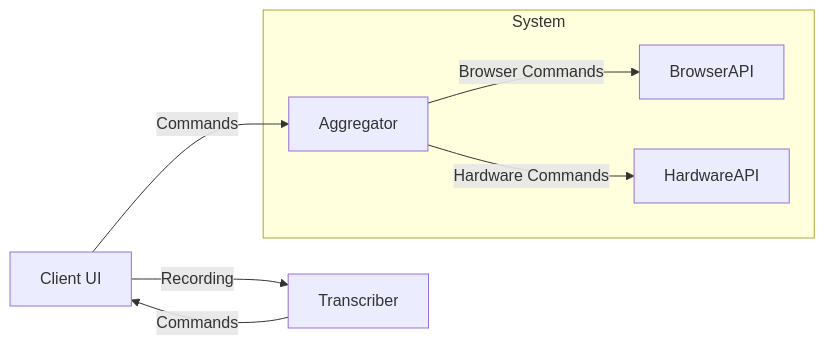
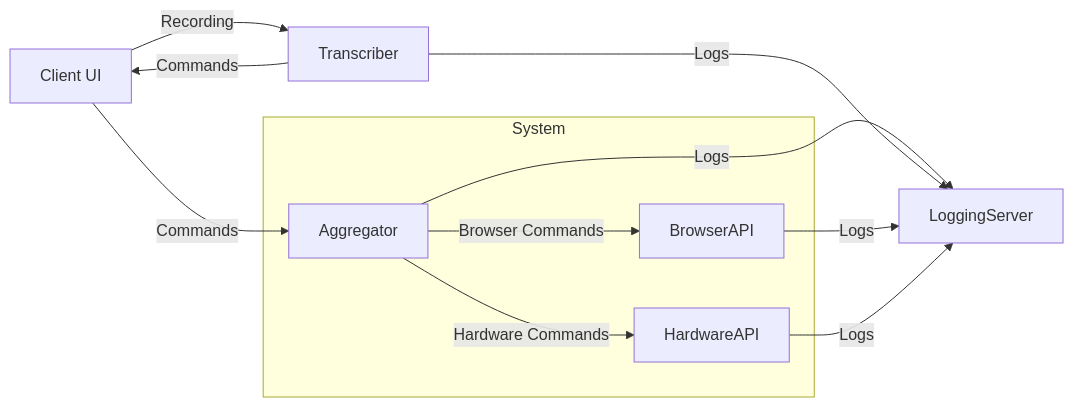
The diagram in mk_docs/voice_control_mk_docs/docs/architecture.md (dhruvadeep/VoiceControl), drawn with Mermaid before and after one commit. The commit also changed 2 other files, not shown here.

Commit message:
mkdocs and readme update

````diff
--- a/mk_docs/voice_control_mk_docs/docs/architecture.md
+++ b/mk_docs/voice_control_mk_docs/docs/architecture.md
@@ -2,11 +2,16 @@
 ```mermaid
 graph LR;
     UI[Client UI] -->|Recording| Transcriber;
     Transcriber -->|Commands| UI;
     UI -->|Commands| Aggregator;
-
+    
     subgraph System
         Aggregator -->|Browser Commands| BrowserAPI;
         Aggregator -->|Hardware Commands| HardwareAPI;
     end
+    Aggregator -->|Logs| LoggingServer;
+    Transcriber -->|Logs| LoggingServer;
+    BrowserAPI -->|Logs| LoggingServer;
+    HardwareAPI -->|Logs| LoggingServer;
+
 ```
````
